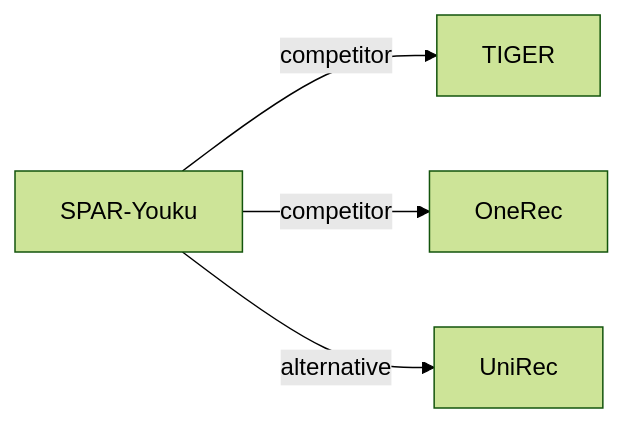
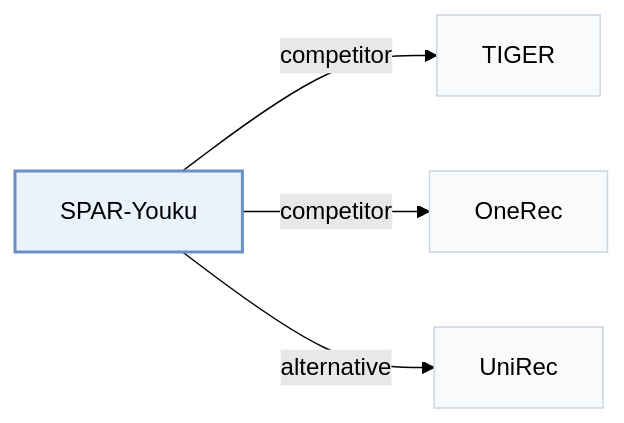
Before and after one commit to Galaxy-ghost/Awesome-SID-Generative-Rec: the second of 2 diagrams in pages/papers/spar-youku.md, drawn with Mermaid (forest theme). The commit also changed other lines of this file and 649 other files, not shown here.

Commit message:
writer-05: also tags and modality index (schema, check, build, visuals); summary field removed; calibration data for 12 papers

````diff
--- a/pages/papers/spar-youku.md
+++ b/pages/papers/spar-youku.md
@@ -70,7 +73,11 @@
 ```mermaid
 flowchart LR
     P["SPAR-Youku"]
-    P -->|competitor| A["TIGER"]
-    P -->|competitor| B["OneRec"]
-    P -->|alternative| C["UniRec"]
+    P -->|"competitor"| A["TIGER"]
+    P -->|"competitor"| B["OneRec"]
+    P -->|"alternative"| C["UniRec"]
+    classDef main fill:#eaf2fb,stroke:#6b8fc7,stroke-width:2px
+    classDef peer fill:#f8fafc,stroke:#cbd5e1
+    class P main
+    class A,B,C peer
 ```
````
